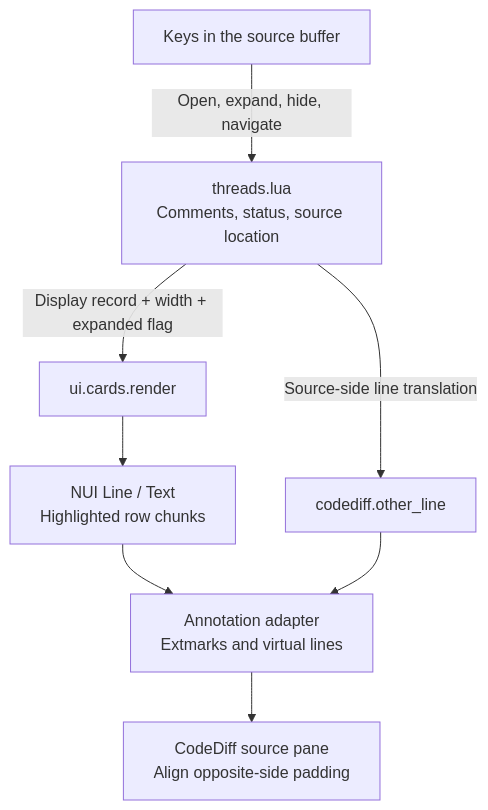
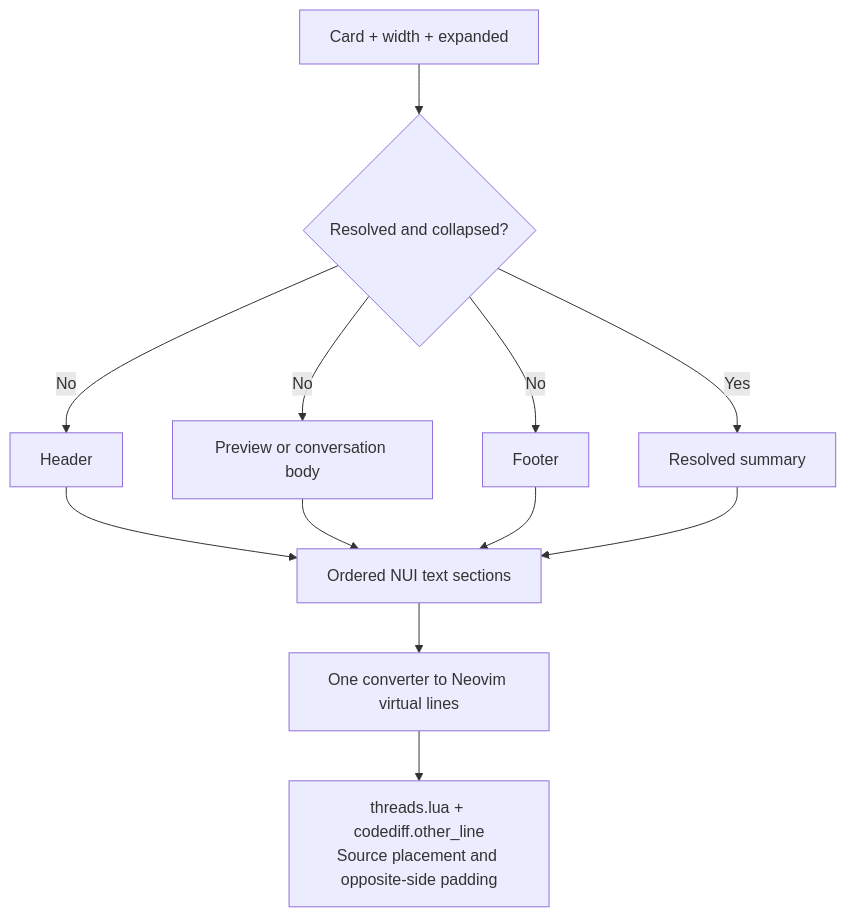
Before and after one commit to difflab-io/lgtm: the second of 2 diagrams in docs/architecture/lgtm.nvim/ui/cards.md, drawn with Mermaid. The commit also changed other lines of this file and 55 other files, not shown here.

````diff
--- a/docs/architecture/lgtm.nvim/ui/cards.md
+++ b/docs/architecture/lgtm.nvim/ui/cards.md
@@ -100,10 +100,14 @@
 ```mermaid
 flowchart TD
-  Controller["threads.lua<br/>Comments, status, source location"] -->|"Display record + width + expanded flag"| Card["ui.cards.render"]
-  Card --> Text["NUI Line / Text<br/>Highlighted row chunks"]
-  Text --> Adapter["Annotation adapter<br/>Extmarks and virtual lines"]
-  Adapter --> CodeDiff["CodeDiff source pane<br/>Align opposite-side padding"]
-  Keys["Keys in the source buffer"] -->|"Open, expand, hide, navigate"| Controller
-  Controller -->|"Source-side line translation"| Mapping["codediff.other_line"]
-  Mapping --> Adapter
+  Props["Card + width + expanded"] --> Mode{"Resolved and collapsed?"}
+  Mode -->|"Yes"| Summary["Resolved summary"]
+  Mode -->|"No"| Header["Header"]
+  Mode -->|"No"| Body["Preview or conversation body"]
+  Mode -->|"No"| Footer["Footer"]
+  Header --> Sections["Ordered NUI text sections"]
+  Body --> Sections
+  Footer --> Sections
+  Summary --> Sections
+  Sections --> Adapter["One converter to Neovim virtual lines"]
+  Adapter --> Placement["threads.lua + codediff.other_line<br/>Source placement and opposite-side padding"]
 ```
````
